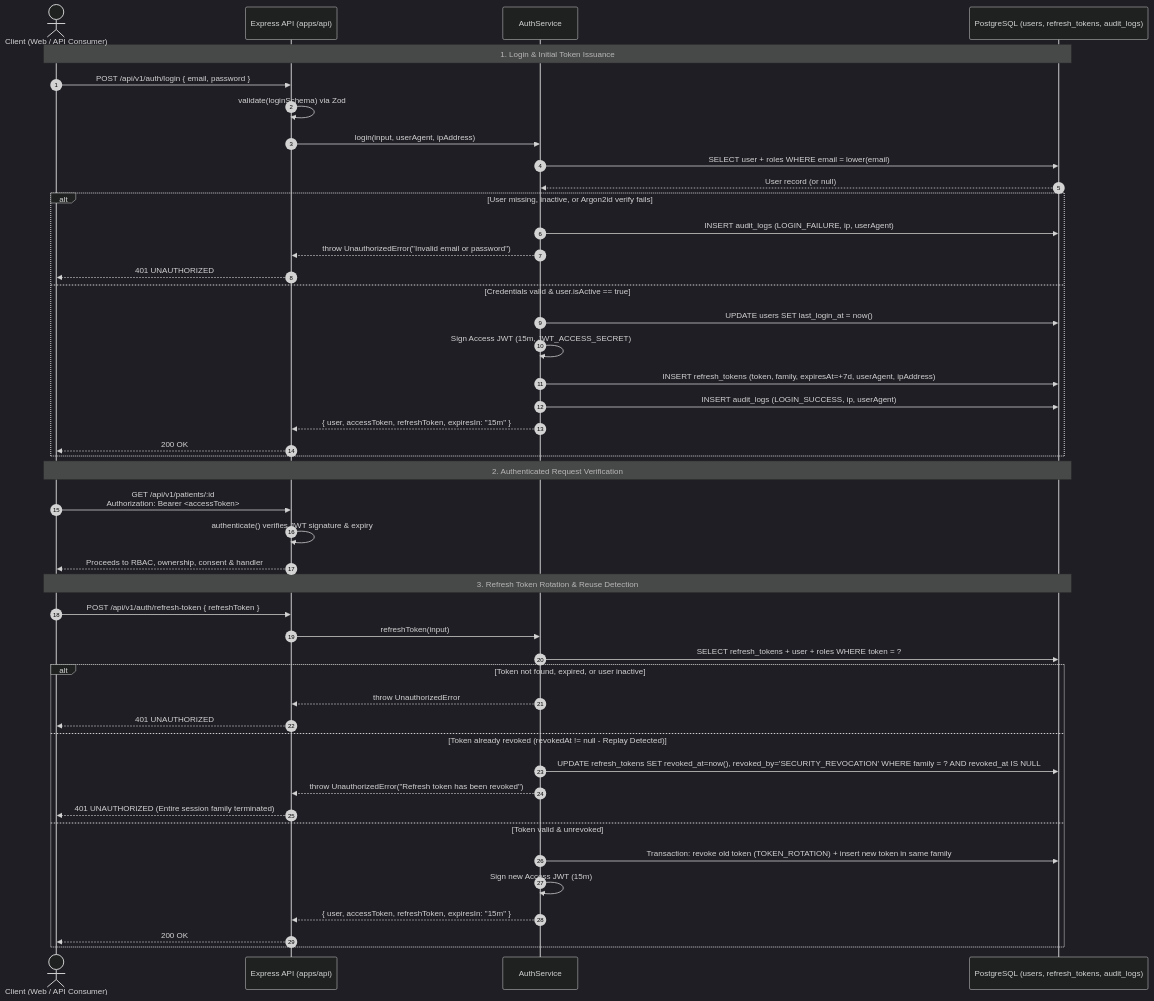
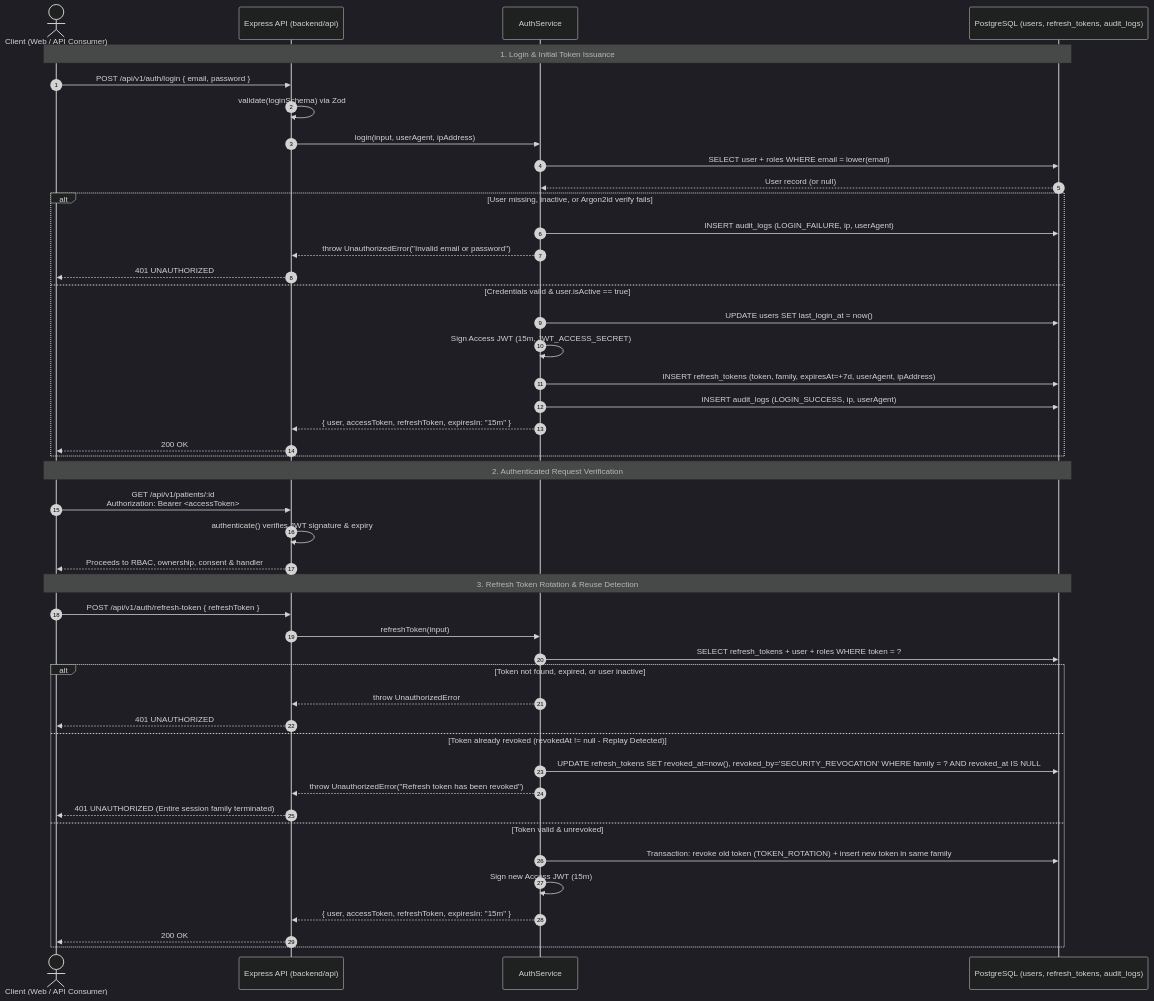
Before and after one commit to pavan2002-veeraveni/Medicore-Hospital-management-system-: the first of 2 diagrams in docs/SECURITY_DESIGN.md, drawn with Mermaid (dark theme). The commit also changed other lines of this file and 211 other files, not shown here.

````diff
--- a/docs/SECURITY_DESIGN.md
+++ b/docs/SECURITY_DESIGN.md
@@ -67,50 +67,50 @@
 ```mermaid
 sequenceDiagram
     autonumber
     actor Client as Client (Web / API Consumer)
-    participant API as Express API (apps/api)
+    participant API as Express API (backend/api)
     participant AuthSvc as AuthService
     participant DB as PostgreSQL (users, refresh_tokens, audit_logs)
 
     Note over Client,DB: 1. Login & Initial Token Issuance
     Client->>API: POST /api/v1/auth/login { email, password }
     API->>API: validate(loginSchema) via Zod
     API->>AuthSvc: login(input, userAgent, ipAddress)
     AuthSvc->>DB: SELECT user + roles WHERE email = lower(email)
     DB-->>AuthSvc: User record (or null)
     alt User missing, inactive, or Argon2id verify fails
         AuthSvc->>DB: INSERT audit_logs (LOGIN_FAILURE, ip, userAgent)
         AuthSvc-->>API: throw UnauthorizedError("Invalid email or password")
         API-->>Client: 401 UNAUTHORIZED
     else Credentials valid & user.isActive == true
         AuthSvc->>DB: UPDATE users SET last_login_at = now()
         AuthSvc->>AuthSvc: Sign Access JWT (15m, JWT_ACCESS_SECRET)
         AuthSvc->>DB: INSERT refresh_tokens (token, family, expiresAt=+7d, userAgent, ipAddress)
         AuthSvc->>DB: INSERT audit_logs (LOGIN_SUCCESS, ip, userAgent)
         AuthSvc-->>API: { user, accessToken, refreshToken, expiresIn: "15m" }
         API-->>Client: 200 OK
     end
 
     Note over Client,DB: 2. Authenticated Request Verification
     Client->>API: GET /api/v1/patients/:id<br/>Authorization: Bearer <accessToken>
     API->>API: authenticate() verifies JWT signature & expiry
     API-->>Client: Proceeds to RBAC, ownership, consent & handler
 
     Note over Client,DB: 3. Refresh Token Rotation & Reuse Detection
     Client->>API: POST /api/v1/auth/refresh-token { refreshToken }
     API->>AuthSvc: refreshToken(input)
     AuthSvc->>DB: SELECT refresh_tokens + user + roles WHERE token = ?
     alt Token not found, expired, or user inactive
         AuthSvc-->>API: throw UnauthorizedError
         API-->>Client: 401 UNAUTHORIZED
     else Token already revoked (revokedAt != null - Replay Detected)
         AuthSvc->>DB: UPDATE refresh_tokens SET revoked_at=now(), revoked_by='SECURITY_REVOCATION' WHERE family = ? AND revoked_at IS NULL
         AuthSvc-->>API: throw UnauthorizedError("Refresh token has been revoked")
         API-->>Client: 401 UNAUTHORIZED (Entire session family terminated)
     else Token valid & unrevoked
         AuthSvc->>DB: Transaction: revoke old token (TOKEN_ROTATION) + insert new token in same family
         AuthSvc->>AuthSvc: Sign new Access JWT (15m)
         AuthSvc-->>API: { user, accessToken, refreshToken, expiresIn: "15m" }
         API-->>Client: 200 OK
     end
 ```
````
